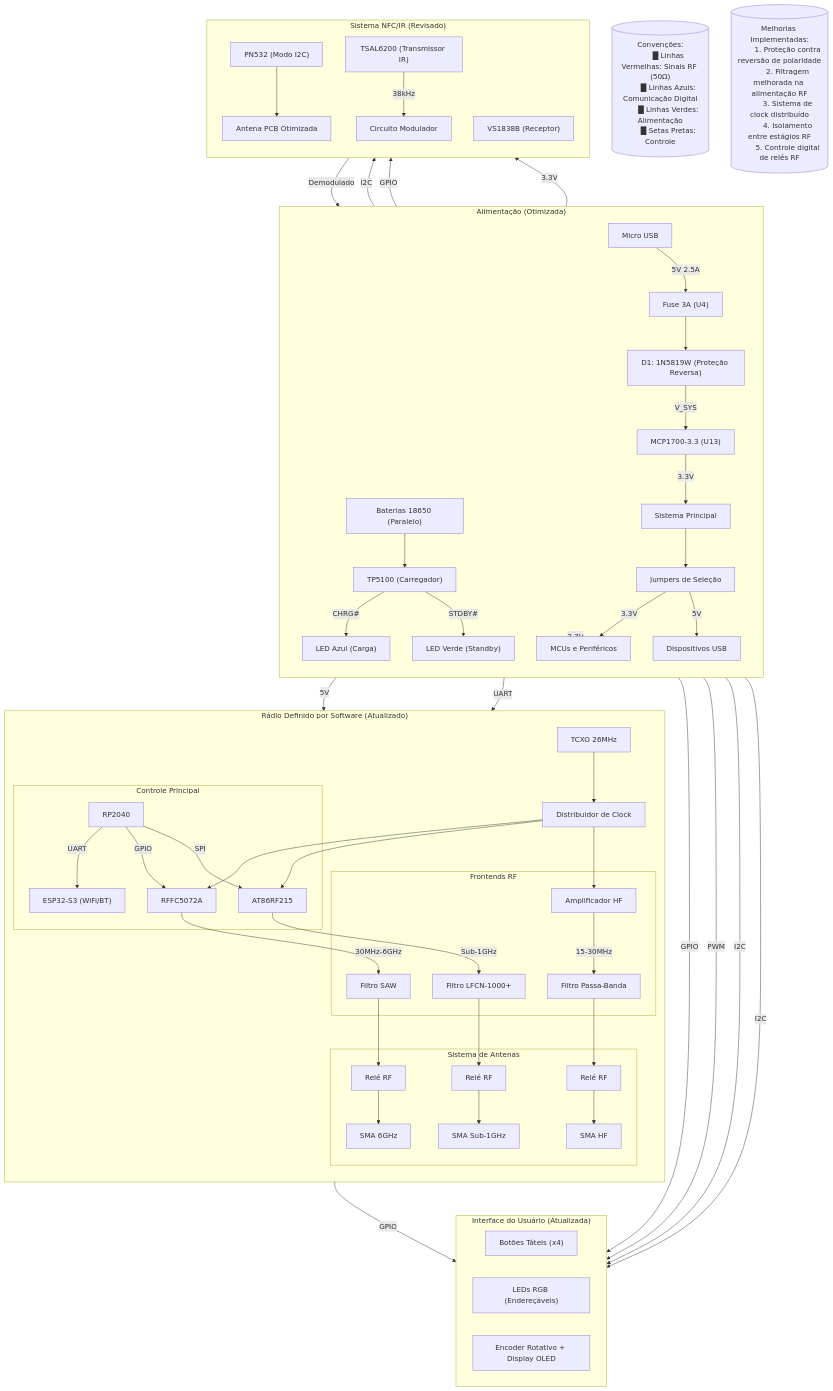
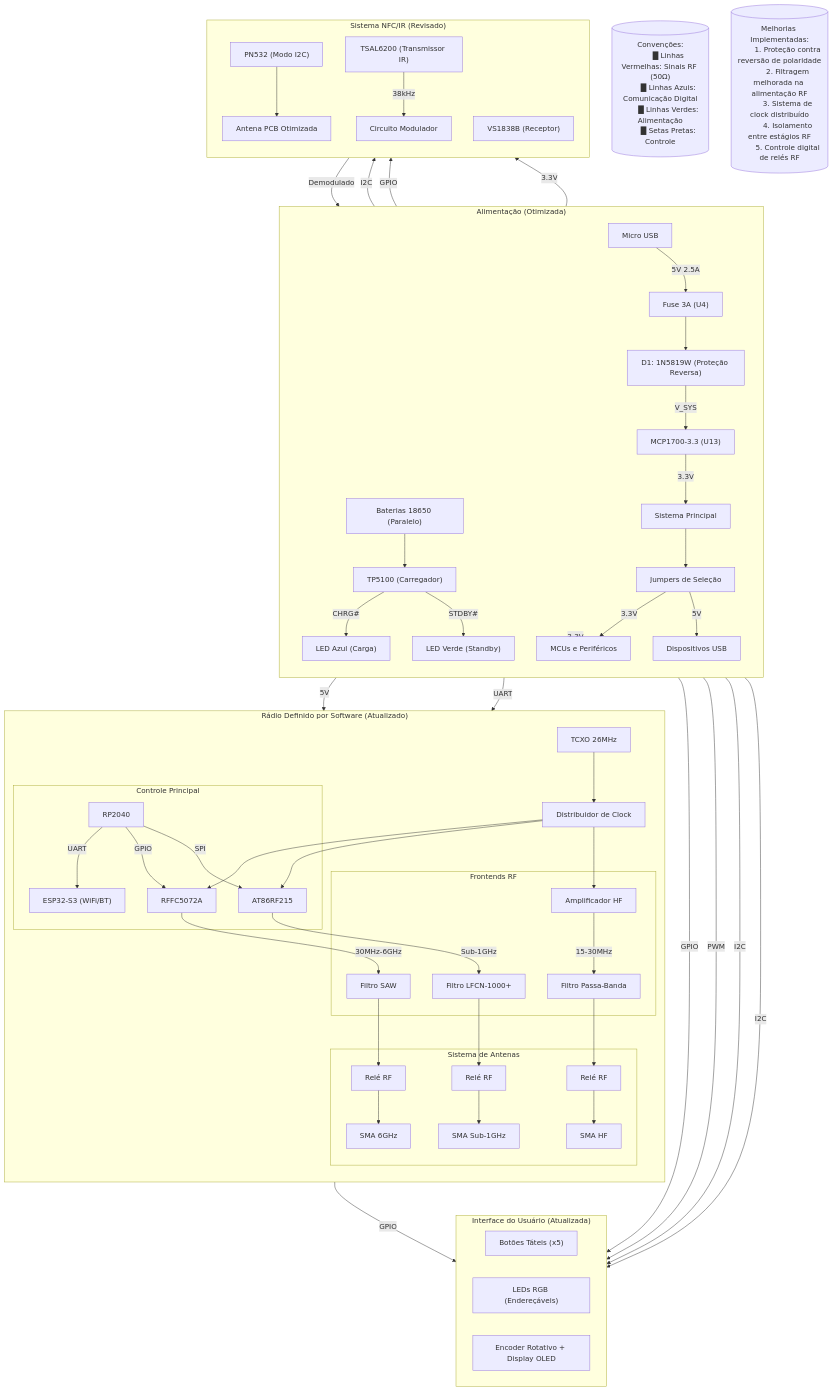
Before and after one commit to morteerror404/Goitaca-Hacker-HUB: the diagram in Modulos/V2.md, drawn with Mermaid.

Commit message:
adicionando mermaid

```diff
--- a/Modulos/V2.md
+++ b/Modulos/V2.md
@@ -24,7 +24,7 @@
     %% =============================
     subgraph UI["Interface do Usuário (Atualizada)"]
         direction LR
-        MCU -->|GPIO| BUTTONS["Botões Táteis (x4)"]
+        MCU -->|GPIO| BUTTONS["Botões Táteis (x5)"]
         MCU -->|PWM| LEDS["LEDs RGB (Endereçáveis)"]
         MCU -->|I2C| ENCODER["Encoder Rotativo + Display OLED"]
     end
```
